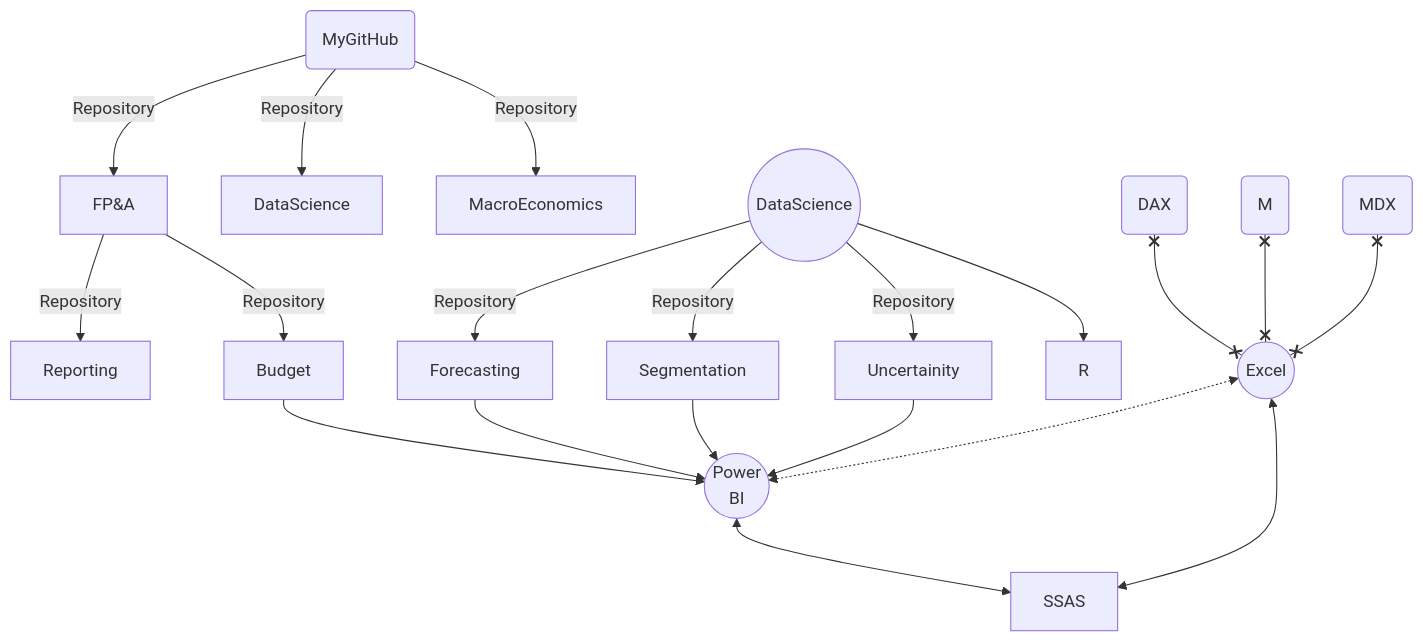
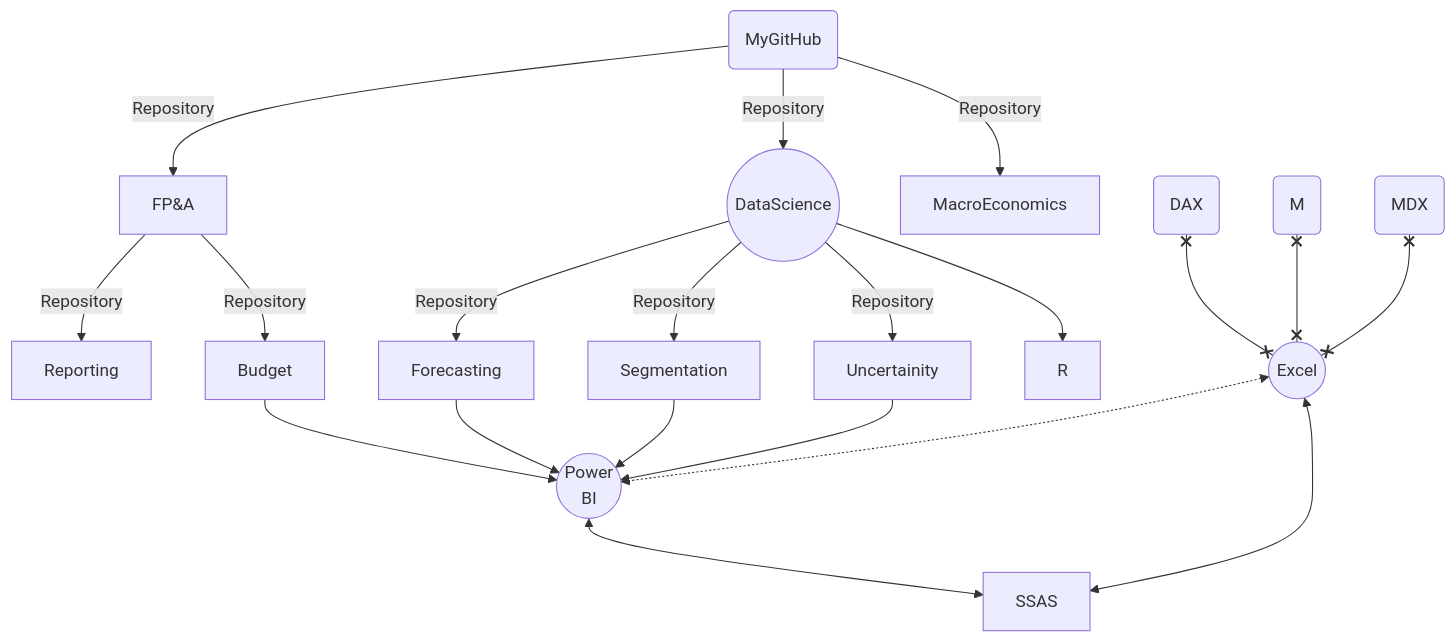
The diagram in README.md (md3629/md3629), drawn with Mermaid before and after one commit.

````diff
--- a/README.md
+++ b/README.md
@@ -4,24 +4,24 @@
 ```mermaid
 graph TD;
     my(MyGitHub)-->|Repository|FP&A;
     FP&A-->|Repository|Reporting;
     FP&A-->|Repository|Budget;
     
-    my(MyGitHub)-->|Repository|DataScience;
+    my(MyGitHub)-->|Repository|a((DataScience));
     
     my(MyGitHub)-->|Repository|MacroEconomics;
     a(DataScience)--Repository-->Forecasting;
     a(DataScience)--Repository-->Segmentation;
     a(DataScience)--Repository-->Uncertainity;
     Uncertainity-->P((Power<br>BI));
     Forecasting-->P((Power<br>BI));
     Segmentation-->P((Power<br>BI));
     Budget-->P((Power<br>BI));
     D(DAX)x--xE((Excel));
     M(M)x--xE((Excel));
     E((Excel))<-.->P((Power<br>BI));
     A(MDX)x--xE((Excel));
     E((Excel))<-->SSAS;
     P((Power<br>BI))<-->SSAS;
     a((DataScience))-->R;
 ```
````
